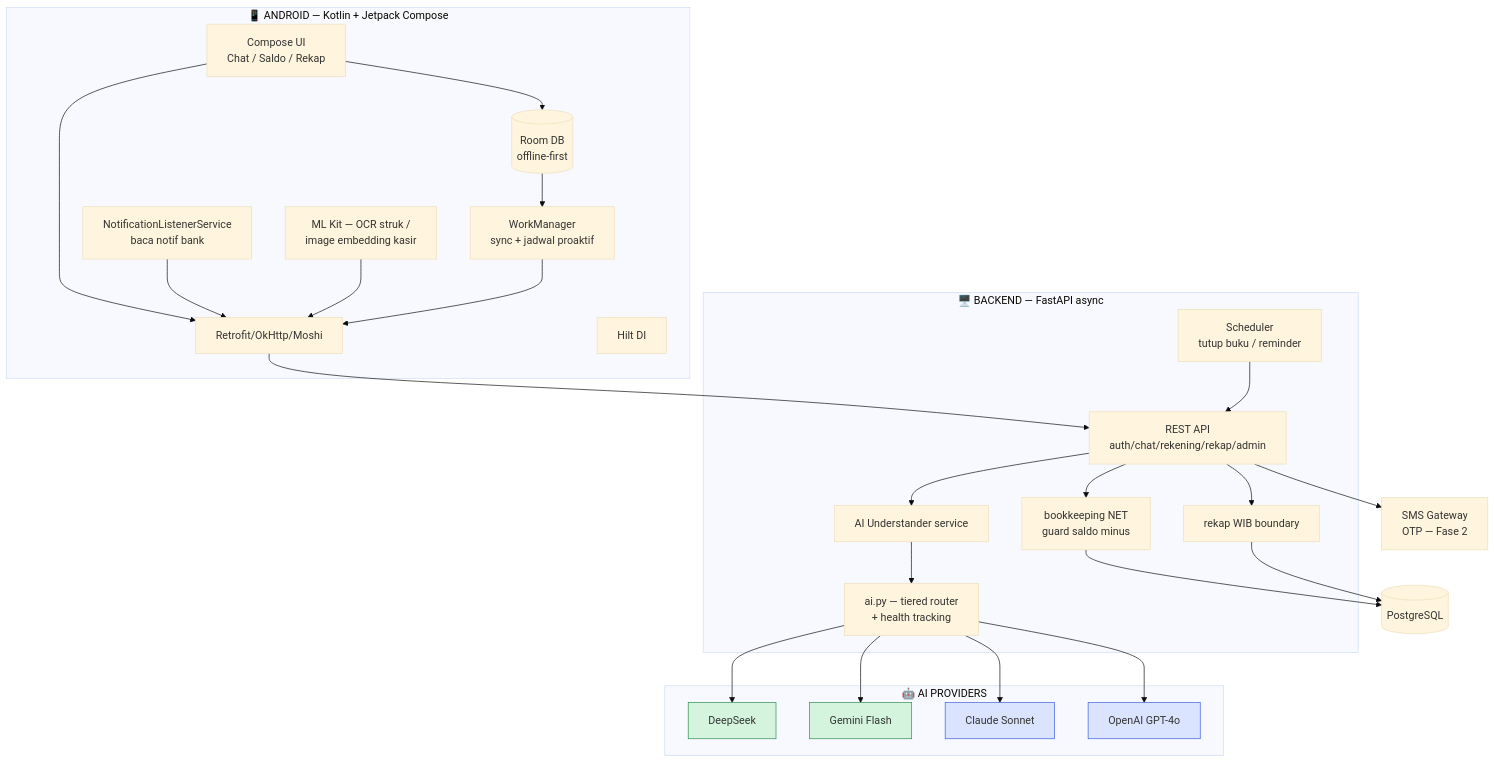
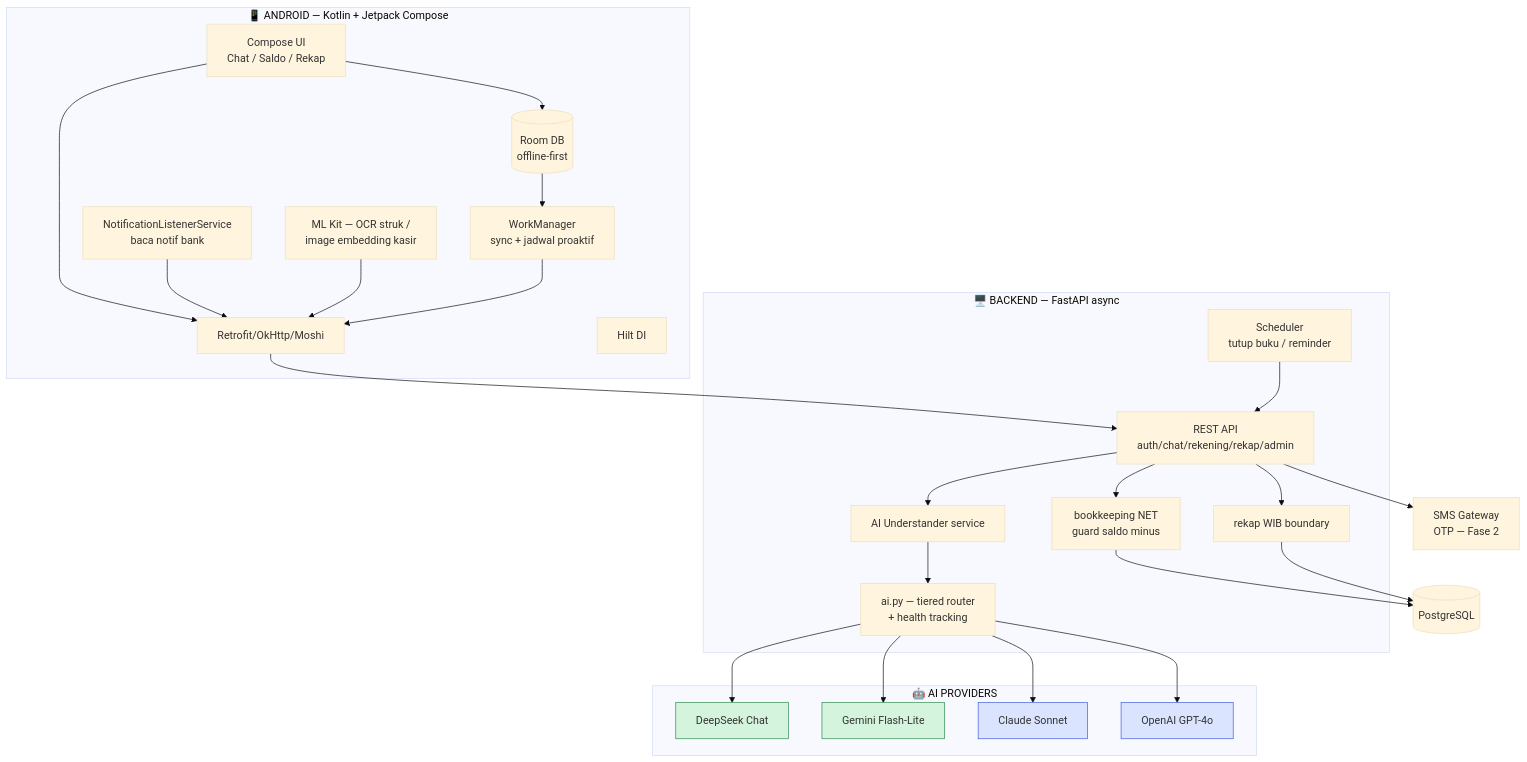
The third of 3 diagrams in Klik Agen/docs/superpowers/specs/2026-07-01-klik-agen-vision-prd-design.md (websitetermaju/Websitetermaju), drawn with Mermaid (base theme) before and after one commit. The commit also changed other lines of this file, not shown here.

````diff
--- a/Klik Agen/docs/superpowers/specs/2026-07-01-klik-agen-vision-prd-design.md
+++ b/Klik Agen/docs/superpowers/specs/2026-07-01-klik-agen-vision-prd-design.md
@@ -315,45 +360,45 @@
 ```mermaid
 flowchart TB
     subgraph Android[📱 ANDROID — Kotlin + Jetpack Compose]
       UI[Compose UI<br/>Chat / Saldo / Rekap]
       NLS[NotificationListenerService<br/>baca notif bank]
       MLK[ML Kit — OCR struk /<br/>image embedding kasir]
       ROOM[(Room DB<br/>offline-first)]
       WM[WorkManager<br/>sync + jadwal proaktif]
       RETRO[Retrofit/OkHttp/Moshi]
       HILT[Hilt DI]
     end
 
     subgraph Backend[🖥️ BACKEND — FastAPI async]
       API[REST API<br/>auth/chat/rekening/rekap/admin]
       UND[AI Understander service]
       AIC[ai.py — tiered router<br/>+ health tracking]
       BK[bookkeeping NET<br/>guard saldo minus]
       REKAP[rekap WIB boundary]
       CRON[Scheduler<br/>tutup buku / reminder]
     end
 
     subgraph AI[🤖 AI PROVIDERS]
-      DS[DeepSeek]:::t1
-      GM[Gemini Flash]:::t1
+      DS[DeepSeek Chat]:::t1
+      GM[Gemini Flash-Lite]:::t1
       CL[Claude Sonnet]:::t2
       OA[OpenAI GPT-4o]:::t2
     end
 
     DB[(PostgreSQL)]
     SMS[SMS Gateway<br/>OTP — Fase 2]
 
     UI --> RETRO --> API
     NLS --> RETRO
     MLK --> RETRO
     UI --> ROOM --> WM --> RETRO
     API --> UND --> AIC
     AIC --> DS & GM & CL & OA
     API --> BK --> DB
     API --> REKAP --> DB
     CRON --> API
     API --> SMS
 
     classDef t1 fill:#d4f4dd,stroke:#2d8a4e;
     classDef t2 fill:#dbe4ff,stroke:#3b5bdb;
 ```
````
